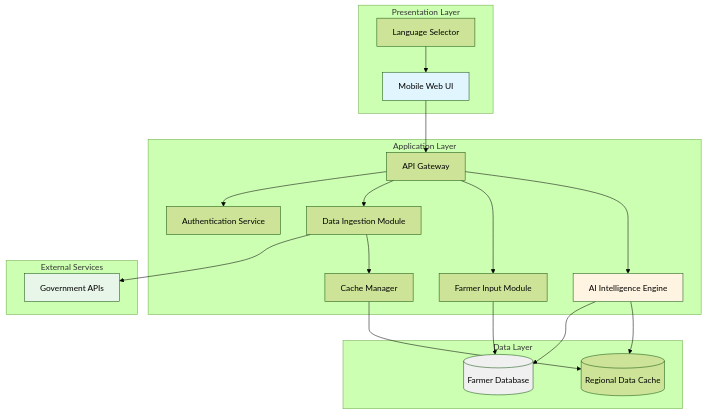
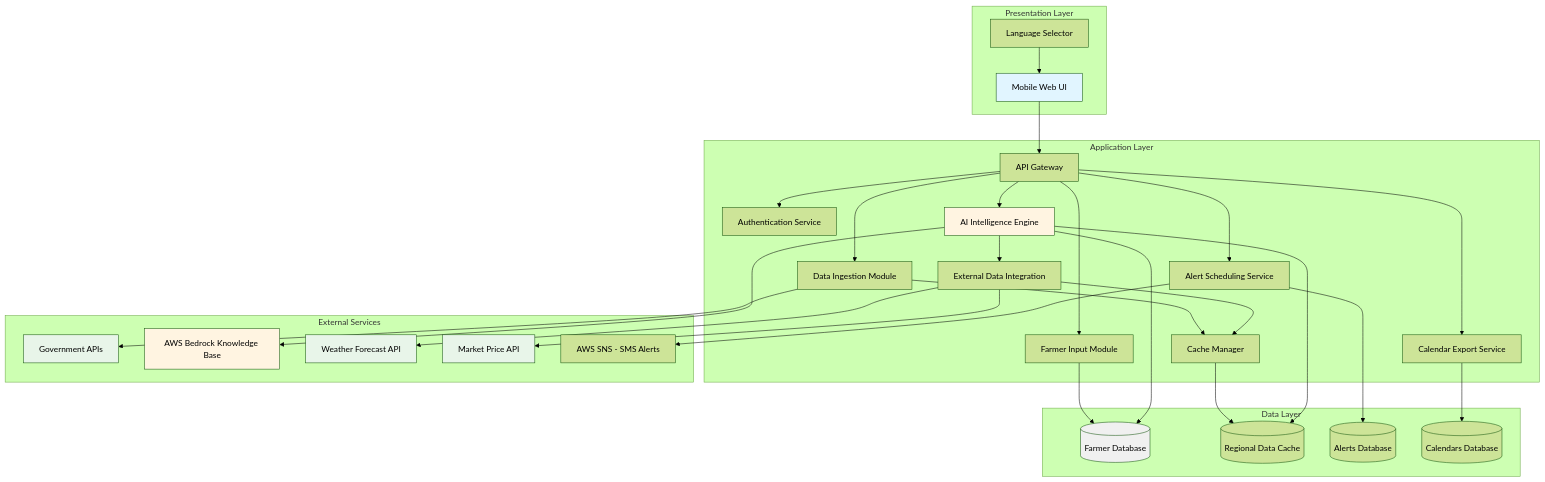
Before and after one commit to jaswanthn/AI-Crop-Intelligence-Platform: the first of 3 diagrams in .kiro/specs/ai-crop-intelligence-platform/design.md, drawn with Mermaid (forest theme). The commit also changed other lines of this file and 11 other files, not shown here.

````diff
--- a/.kiro/specs/ai-crop-intelligence-platform/design.md
+++ b/.kiro/specs/ai-crop-intelligence-platform/design.md
@@ -20,45 +31,69 @@
 ```mermaid
 graph TB
     subgraph "Presentation Layer"
         UI[Mobile Web UI]
         LangSelector[Language Selector]
     end
     
     subgraph "Application Layer"
         API[API Gateway]
         Auth[Authentication Service]
         DataIngestion[Data Ingestion Module]
         FarmerInput[Farmer Input Module]
         AIEngine[AI Intelligence Engine]
         Cache[Cache Manager]
+        CalendarExport[Calendar Export Service]
+        AlertScheduler[Alert Scheduling Service]
+        ExternalData[External Data Integration]
     end
     
     subgraph "Data Layer"
         DB[(Farmer Database)]
         GovCache[(Regional Data Cache)]
+        AlertDB[(Alerts Database)]
+        CalendarDB[(Calendars Database)]
     end
     
     subgraph "External Services"
         GovAPI[Government APIs]
+        Bedrock[AWS Bedrock Knowledge Base]
+        WeatherAPI[Weather Forecast API]
+        MarketAPI[Market Price API]
+        SNS[AWS SNS - SMS Alerts]
     end
     
     UI --> API
     LangSelector --> UI
     API --> Auth
     API --> DataIngestion
     API --> FarmerInput
     API --> AIEngine
+    API --> CalendarExport
+    API --> AlertScheduler
     
     DataIngestion --> GovAPI
     DataIngestion --> Cache
     Cache --> GovCache
     
     FarmerInput --> DB
     AIEngine --> DB
     AIEngine --> GovCache
+    AIEngine --> Bedrock
+    AIEngine --> ExternalData
+    
+    ExternalData --> WeatherAPI
+    ExternalData --> MarketAPI
+    ExternalData --> Cache
+    
+    CalendarExport --> CalendarDB
+    AlertScheduler --> AlertDB
+    AlertScheduler --> SNS
     
     style UI fill:#e1f5ff
     style AIEngine fill:#fff4e1
+    style Bedrock fill:#fff4e1
     style DB fill:#f0f0f0
     style GovAPI fill:#e8f5e9
+    style WeatherAPI fill:#e8f5e9
+    style MarketAPI fill:#e8f5e9
 ```
````
